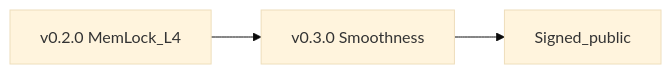
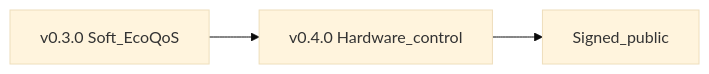
One commit to Dendro-X0/Unstick changed the diagram in docs/roadmap-next-release.md. Above: the diagram before and after it, drawn with Mermaid (base theme). The commit also changed other lines of this file and 19 other files, not shown here.

First line of the commit message:
Release Unstick 0.4.0: closed-loop hardware control for disk and RAM.

````diff
--- a/docs/roadmap-next-release.md
+++ b/docs/roadmap-next-release.md
@@ -7,7 +8,7 @@
 ```mermaid
 flowchart LR
-  v02[v0.2.0 MemLock_L4]
-  v03[v0.3.0 Smoothness]
+  v03[v0.3.0 Soft_EcoQoS]
+  v04[v0.4.0 Hardware_control]
   sign[Signed_public]
-  v02 --> v03 --> sign
+  v03 --> v04 --> sign
 ```
````
